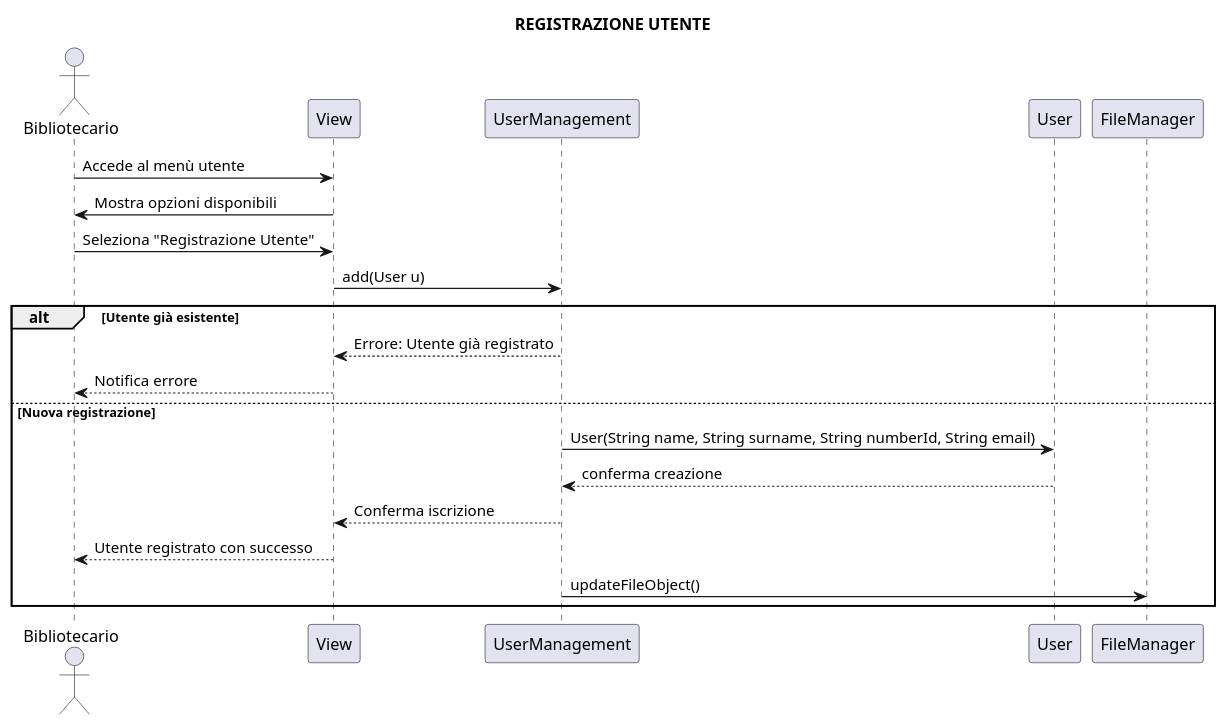
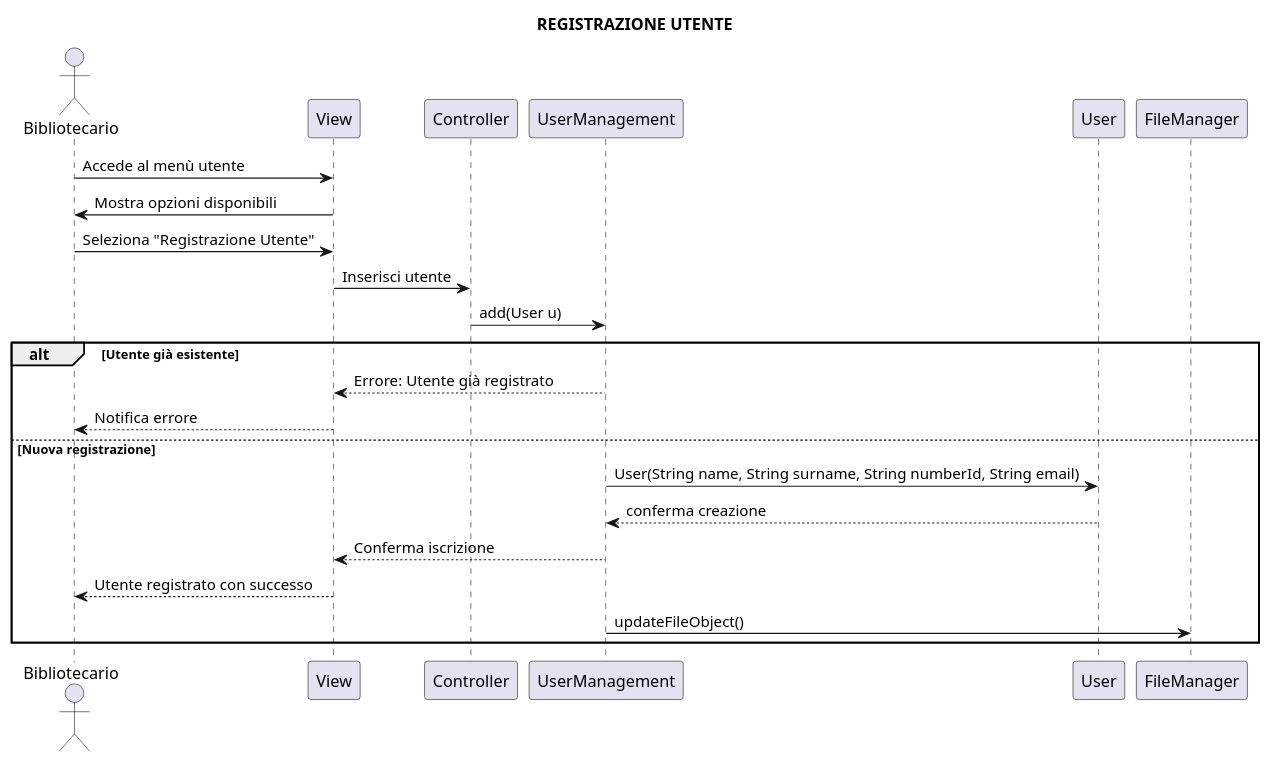
The diagram in gruppo14BibliotecaUniversitaria/uml/RegistrazioneUtente.puml (brunooliva7/Project-Ingegneria-del-Software14), drawn with PlantUML before and after one commit. The commit also changed other lines of this file and 18 other files, not shown here.

```diff
--- a/gruppo14BibliotecaUniversitaria/uml/RegistrazioneUtente.puml
+++ b/gruppo14BibliotecaUniversitaria/uml/RegistrazioneUtente.puml
@@ -1,30 +1,27 @@
 @startuml
 title REGISTRAZIONE UTENTE
 
 actor Bibliotecario
 participant View
+participant Controller
 participant UserManagement
 participant User
 participant FileManager
  
 Bibliotecario -> View: Accede al menù utente
-View -> Bibliotecario: Mostra opzioni disponibili
+View –> Bibliotecario: Mostra opzioni disponibili
 Bibliotecario -> View: Seleziona "Registrazione Utente"
- 
-View -> UserManagement: add(User u)
+ View-> Controller: Inserisci utente 
+Controller-> UserManagement: add(User u)
 
- 
 alt Utente già esistente
 	UserManagement --> View: Errore: Utente già registrato
                   View  --> Bibliotecario: Notifica errore
 else Nuova registrazione
 	UserManagement -> User: User(String name, String surname, String numberId, String email)
 	User --> UserManagement: conferma creazione
 	UserManagement --> View: Conferma iscrizione
 	View --> Bibliotecario: Utente registrato con successo
 	UserManagement -> FileManager: updateFileObject()
-	deactivate FileManager
- 
 end
-deactivate UserManagement
 @enduml
```
